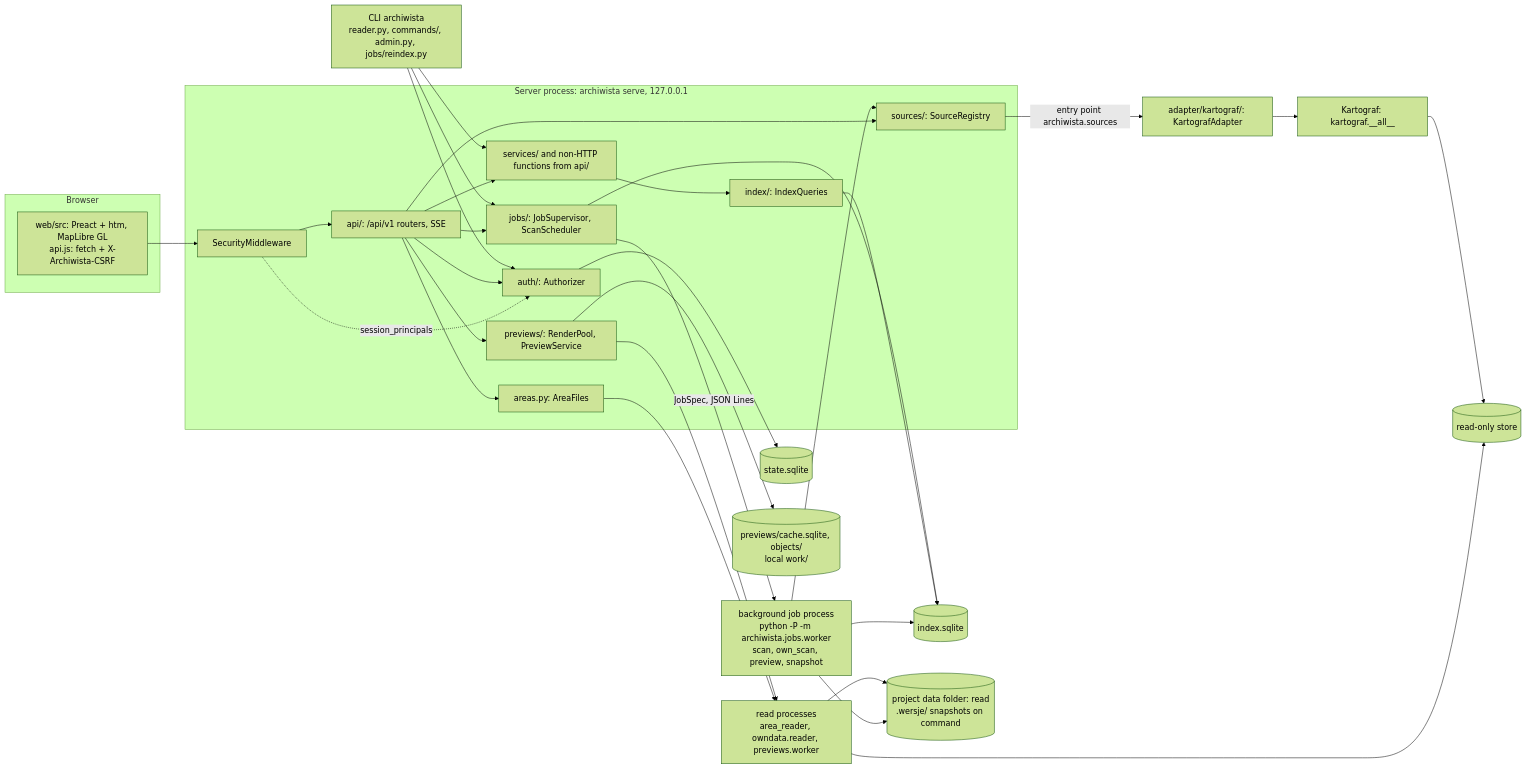
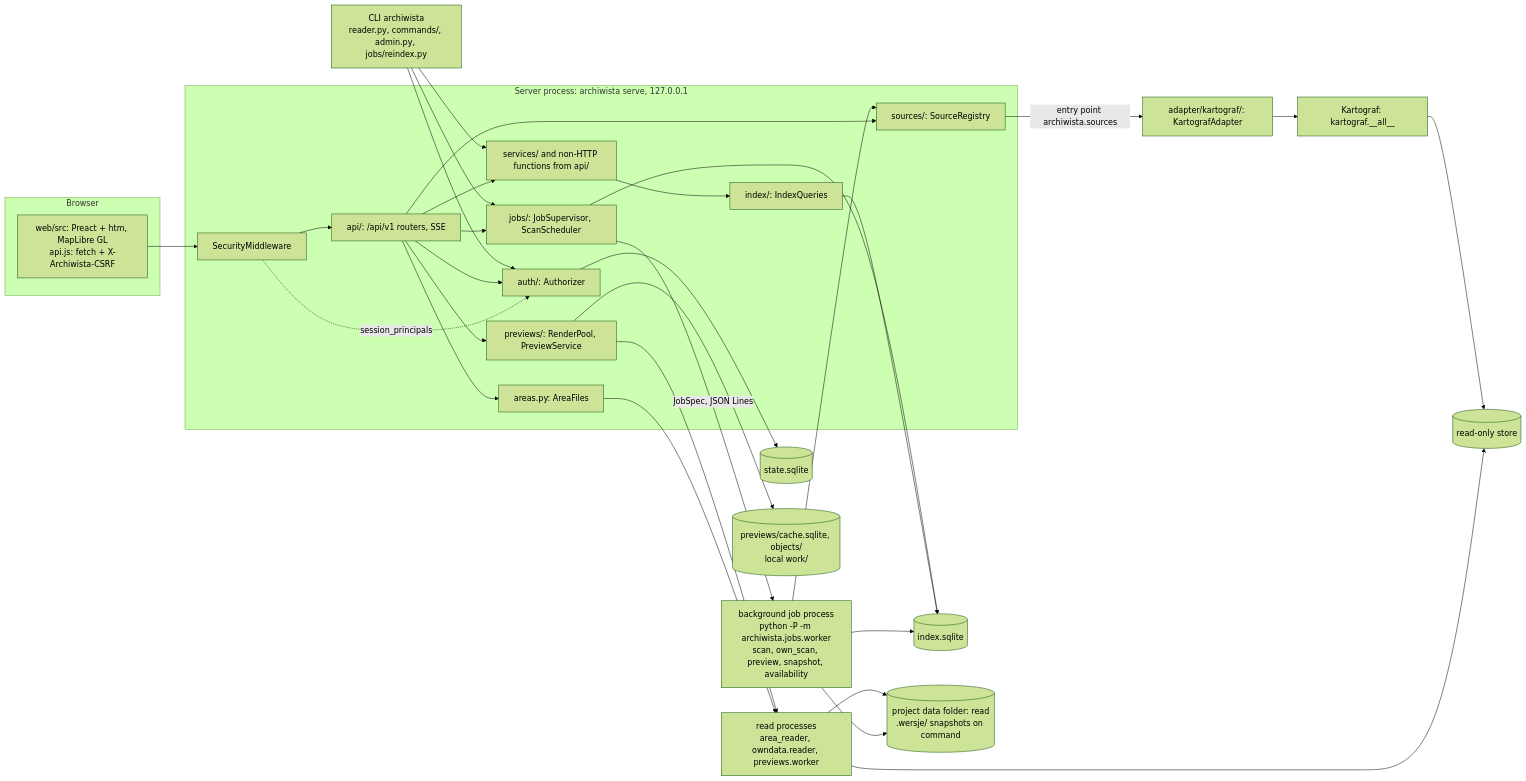
The first of 2 diagrams in docs/ARCHITECTURE.md (Daldek/Archiwista), drawn with Mermaid (forest theme) before and after one commit. The commit also changed other lines of this file and 25 other files, not shown here.

First line of the commit message:
feat(jobs): check the availability at the source in a job and keep its report

````diff
--- a/docs/ARCHITECTURE.md
+++ b/docs/ARCHITECTURE.md
@@ -204,47 +205,47 @@
 ```mermaid
 flowchart LR
   subgraph PRZ["Browser"]
     UI["web/src: Preact + htm, MapLibre GL<br/>api.js: fetch + X-Archiwista-CSRF"]
   end
   CLI["CLI archiwista<br/>reader.py, commands/, admin.py, jobs/reindex.py"]
   subgraph SRV["Server process: archiwista serve, 127.0.0.1"]
     MW["SecurityMiddleware"]
     API["api/: /api/v1 routers, SSE"]
     SVC["services/ and non-HTTP functions from api/"]
     AUTH["auth/: Authorizer"]
     Q["index/: IndexQueries"]
     SUP["jobs/: JobSupervisor, ScanScheduler"]
     AF["areas.py: AreaFiles"]
     REG["sources/: SourceRegistry"]
     POOL["previews/: RenderPool, PreviewService"]
   end
-  W["background job process<br/>python -P -m archiwista.jobs.worker<br/>scan, own_scan, preview, snapshot"]
+  W["background job process<br/>python -P -m archiwista.jobs.worker<br/>scan, own_scan, preview, snapshot, availability"]
   R["read processes<br/>area_reader, owndata.reader, previews.worker"]
   ADP["adapter/kartograf/: KartografAdapter"]
   KG["Kartograf: kartograf.__all__"]
   IDX[("index.sqlite")]
   ST[("state.sqlite")]
   MAG[("read-only store")]
   OWN[("project data folder: read<br/>.wersje/ snapshots on command")]
   CACHE[("previews/cache.sqlite, objects/<br/>local work/")]
   UI --> MW --> API
   MW -. "session_principals" .-> AUTH
   API --> SVC --> Q --> IDX
   API --> AUTH --> ST
   API --> SUP
   API --> AF --> R
   API --> REG
   API --> POOL --> R
   POOL --> CACHE
   SUP -- "JobSpec, JSON Lines" --> W
   SUP --> IDX
   W --> IDX
   W --> REG
   W --> OWN
   R --> OWN
   R --> MAG
   REG -- "entry point archiwista.sources" --> ADP --> KG --> MAG
   CLI --> SVC
   CLI --> AUTH
   CLI --> SUP
 ```
````
